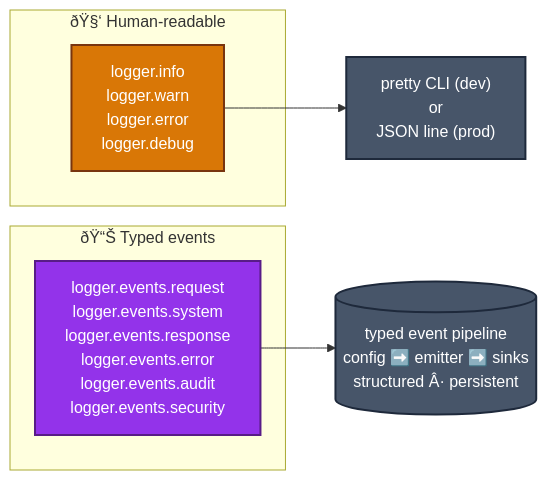
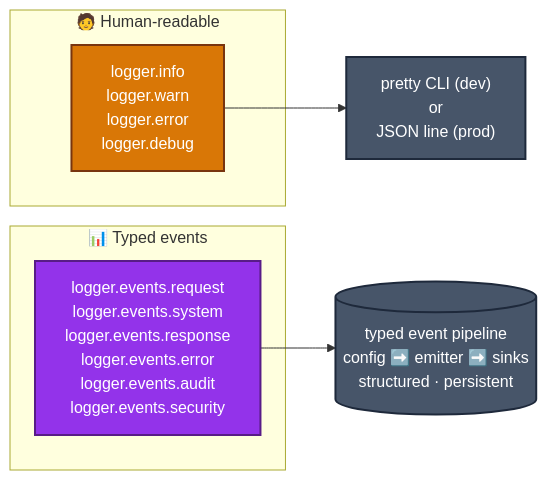
The third of 4 diagrams in docs/architecture.md (euFerro/superman), drawn with Mermaid before and after one commit. The commit also changed other lines of this file and 42 other files, not shown here.

````diff
--- a/docs/architecture.md
+++ b/docs/architecture.md
@@ -138,22 +138,22 @@
 ```mermaid
 flowchart LR
-    subgraph Human["ðŸ§‘ Human-readable"]
+    subgraph Human["🧑 Human-readable"]
         Info["logger.info<br/>logger.warn<br/>logger.error<br/>logger.debug"]
     end
     HumanOut["pretty CLI (dev)<br/>or<br/>JSON line (prod)"]
     Info --> HumanOut
 
-    subgraph Typed["ðŸ“Š Typed events"]
+    subgraph Typed["📊 Typed events"]
         Events["logger.events.request<br/>logger.events.system<br/>logger.events.response<br/>logger.events.error<br/>logger.events.audit<br/>logger.events.security"]
     end
-    Pipeline[("typed event pipeline<br/>config ➡️ emitter ➡️ sinks<br/>structured Â· persistent")]
+    Pipeline[("typed event pipeline<br/>config ➡️ emitter ➡️ sinks<br/>structured · persistent")]
     Events --> Pipeline
 
     classDef human fill:#d97706,stroke:#78350f,stroke-width:2px,color:#ffffff
     classDef typed fill:#9333ea,stroke:#581c87,stroke-width:2px,color:#ffffff
     classDef out fill:#475569,stroke:#1e293b,stroke-width:2px,color:#ffffff
 
     class Info human
     class Events typed
     class HumanOut,Pipeline out
 ```
````
